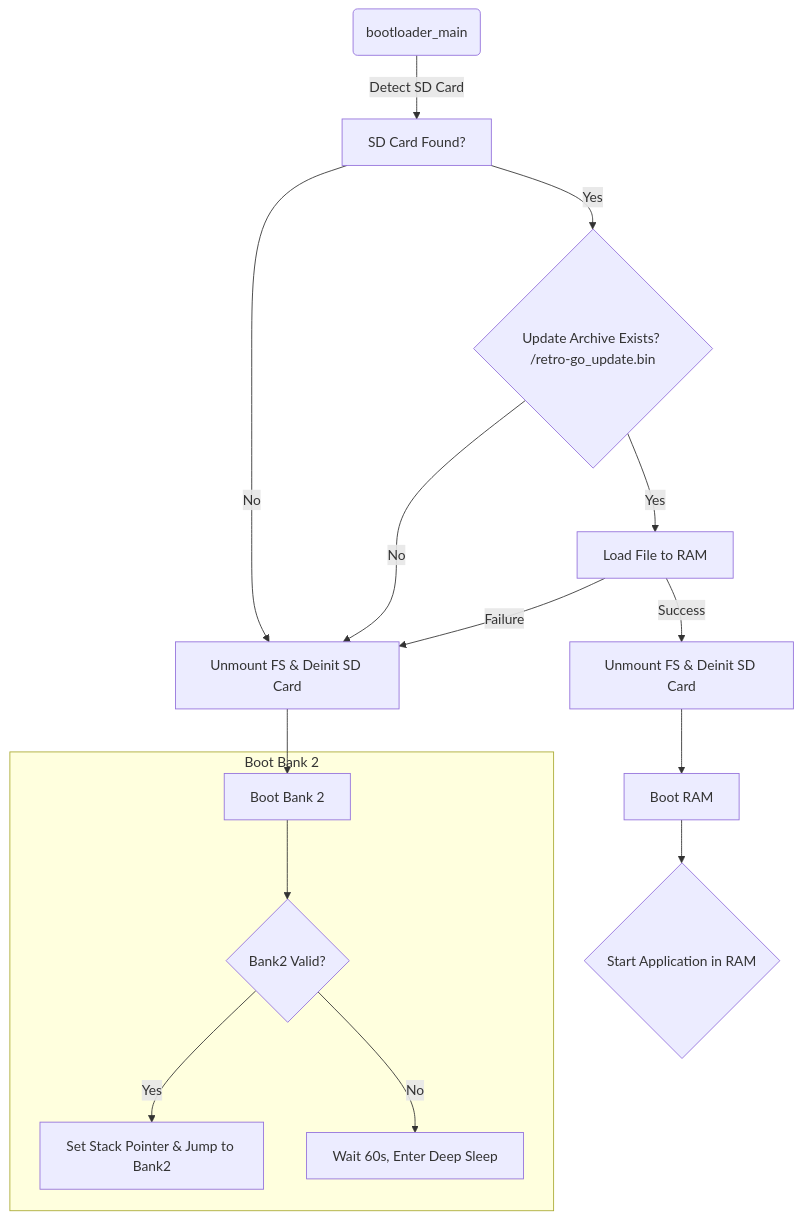
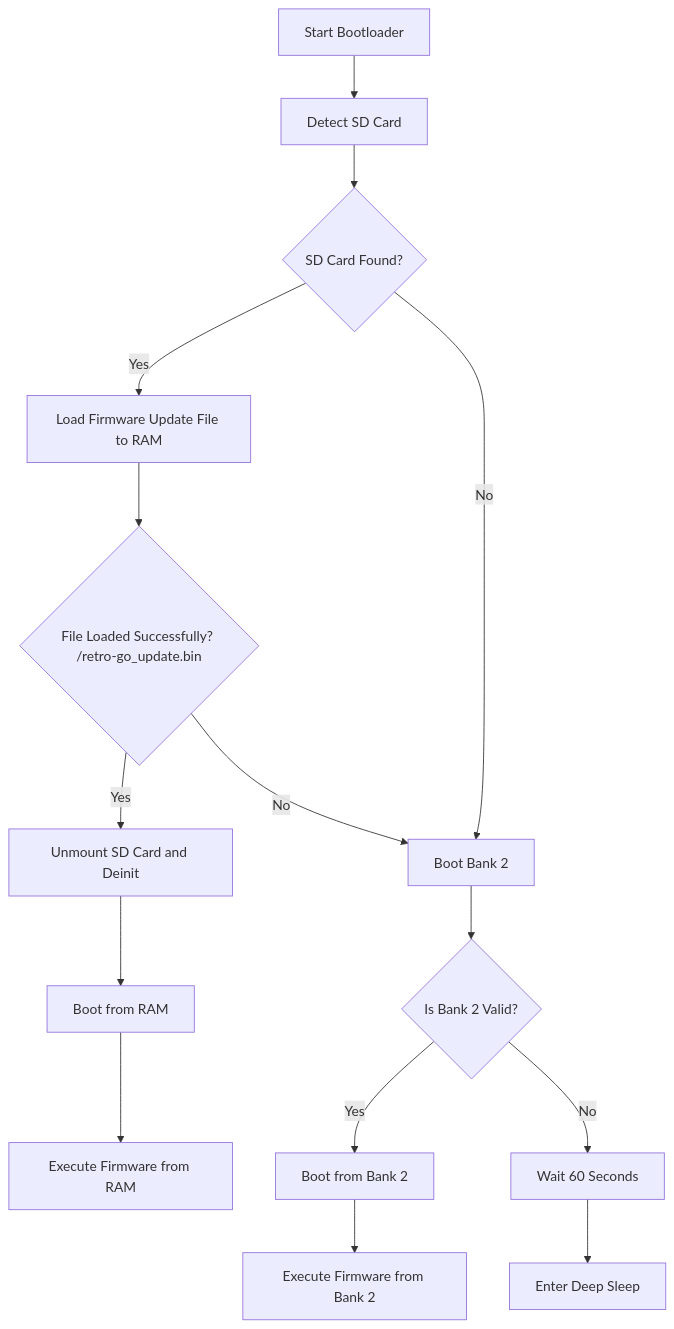
One commit to sylverb/game-and-watch-bootloader changed the diagram in README.md. Above: the diagram before and after it, drawn with Mermaid.

Commit message:
Readme : better flowchart

````diff
--- a/README.md
+++ b/README.md
@@ -37,23 +37,17 @@
 ```mermaid
-flowchart TD
-    A1(bootloader_main) -->|Detect SD Card| B[SD Card Found?]
-
-    B -->|No| G[Unmount FS & Deinit SD Card] --> H[Boot Bank 2]
-    B -->|Yes| C{Update Archive Exists? /retro-go_update.bin}
-
-    C -->|No| G
-    C -->|Yes| D[Load File to RAM]
-
-    D -->|Success| E[Unmount FS & Deinit SD Card]
-    E --> F[Boot RAM]
-    
-    F --> BOOT_RAM{Start Application in RAM}
-    
-    D -->|Failure| G
-
-    subgraph "Boot Bank 2"
-        H --> I{Bank2 Valid?}
-        I -->|Yes| J[Set Stack Pointer & Jump to Bank2]
-        I -->|No| K[Wait 60s, Enter Deep Sleep]
-    end
+graph TD
+    A[Start Bootloader] --> B[Detect SD Card]
+    B --> C{SD Card Found?}
+    C -->|Yes| D[Load Firmware Update File to RAM]
+    C -->|No| E[Boot Bank 2]
+    D --> F{File Loaded Successfully? /retro-go_update.bin}
+    F -->|Yes| G[Unmount SD Card and Deinit]
+    G --> H[Boot from RAM]
+    F -->|No| E
+    H --> I[Execute Firmware from RAM]
+    E --> J{Is Bank 2 Valid?}
+    J -->|Yes| K[Boot from Bank 2]
+    J -->|No| L[Wait 60 Seconds]
+    L --> M[Enter Deep Sleep]
+    K --> N[Execute Firmware from Bank 2]
 ```
````
